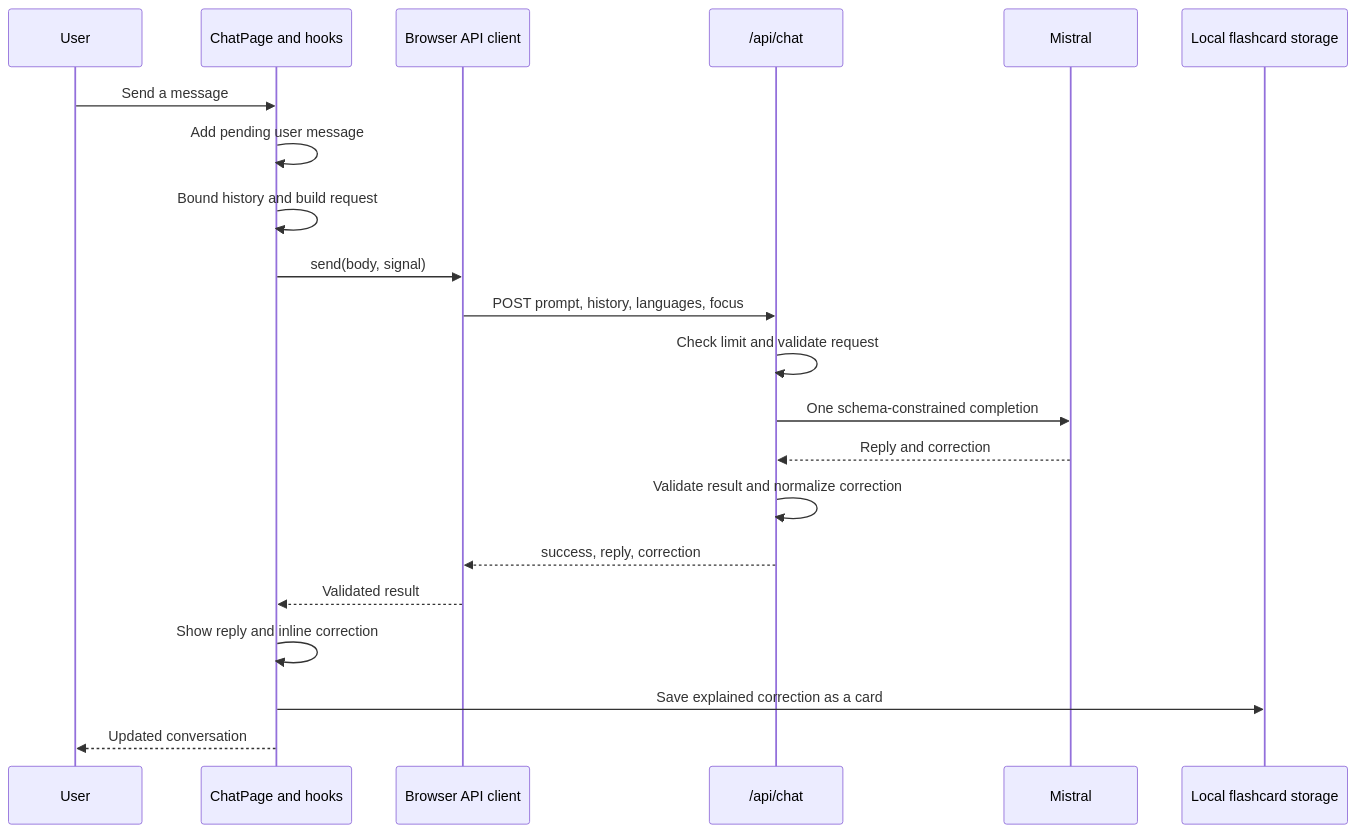
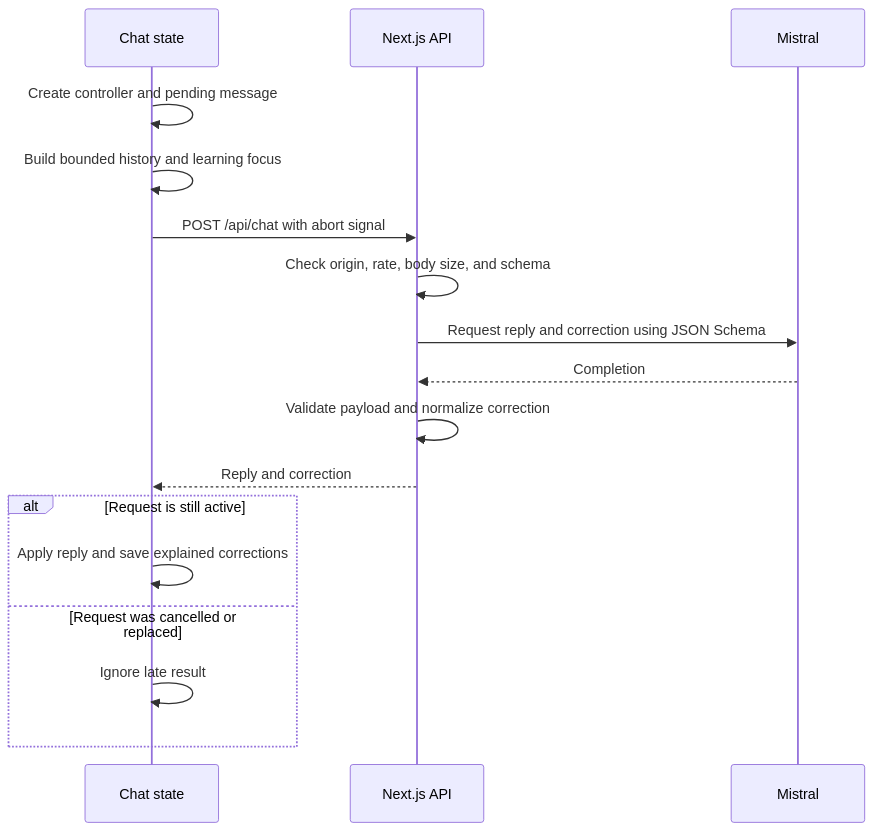
One commit to Yvesei/LangBot changed the second of 4 diagrams in README.md. Above: the diagram before and after it, drawn with Mermaid. The commit also changed other lines of this file and 5 other files, not shown here.

First line of the commit message:
Refresh README with technical architecture and testing guide (#23)

````diff
--- a/README.md
+++ b/README.md
@@ -335,24 +124,20 @@
 ```mermaid
 sequenceDiagram
-    participant User
-    participant UI as ChatPage and hooks
-    participant Client as Browser API client
-    participant API as /api/chat
-    participant Mistral
-    participant Storage as Local flashcard storage
+    participant UI as Chat state
+    participant API as Next.js API
+    participant AI as Mistral
 
-    User->>UI: Send a message
-    UI->>UI: Add pending user message
-    UI->>UI: Bound history and build request
-    UI->>Client: send(body, signal)
-    Client->>API: POST prompt, history, languages, focus
-    API->>API: Check limit and validate request
-    API->>Mistral: One schema-constrained completion
-    Mistral-->>API: Reply and correction
-    API->>API: Validate result and normalize correction
-    API-->>Client: success, reply, correction
-    Client-->>UI: Validated result
-    UI->>UI: Show reply and inline correction
-    UI->>Storage: Save explained correction as a card
-    UI-->>User: Updated conversation
+    UI->>UI: Create controller and pending message
+    UI->>UI: Build bounded history and learning focus
+    UI->>API: POST /api/chat with abort signal
+    API->>API: Check origin, rate, body size, and schema
+    API->>AI: Request reply and correction using JSON Schema
+    AI-->>API: Completion
+    API->>API: Validate payload and normalize correction
+    API-->>UI: Reply and correction
+    alt Request is still active
+        UI->>UI: Apply reply and save explained corrections
+    else Request was cancelled or replaced
+        UI->>UI: Ignore late result
+    end
 ```
````
